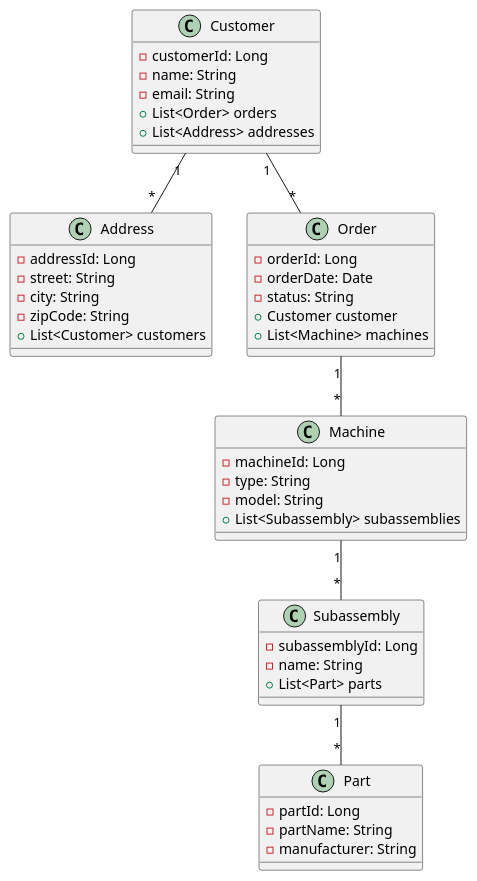
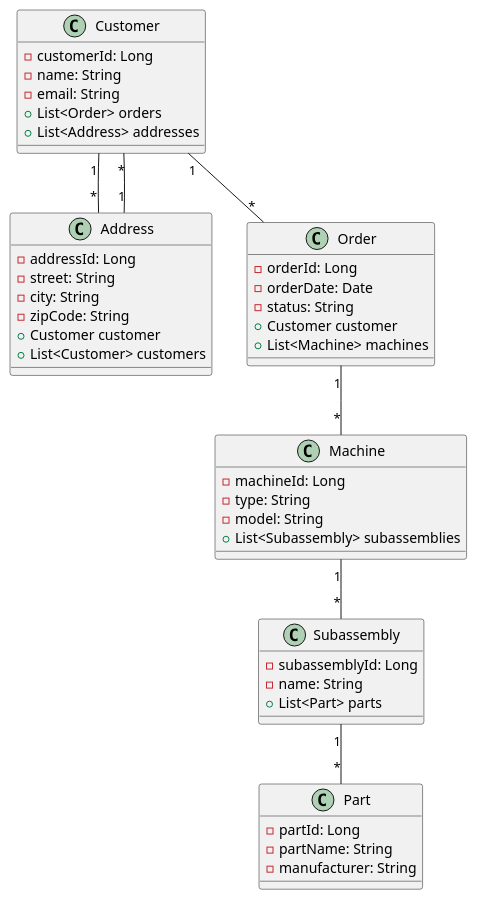
Before and after one commit to nisjety/MachineFactory: the diagram in src/main/resources/UML/MachineFactoryUML.puml, drawn with PlantUML. The commit also changed 12 other files, not shown here.

```diff
--- a/src/main/resources/UML/MachineFactoryUML.puml
+++ b/src/main/resources/UML/MachineFactoryUML.puml
@@ -1,52 +1,54 @@
 @startuml
 
 class Customer {
   - customerId: Long
   - name: String
   - email: String
   + List<Order> orders
   + List<Address> addresses
 }
 
 class Address {
   - addressId: Long
   - street: String
   - city: String
   - zipCode: String
+  + Customer customer
   + List<Customer> customers
 }
 
 class Order {
   - orderId: Long
   - orderDate: Date
   - status: String
   + Customer customer
   + List<Machine> machines
 }
 
 class Machine {
   - machineId: Long
   - type: String
   - model: String
   + List<Subassembly> subassemblies
 }
 
 class Subassembly {
   - subassemblyId: Long
   - name: String
   + List<Part> parts
 }
 
 class Part {
   - partId: Long
   - partName: String
   - manufacturer: String
 }
 
 Customer "1" -- "*" Address
 Customer "1" -- "*" Order
+Address "1" -- "*" Customer
 Order "1" -- "*" Machine
 Machine "1" -- "*" Subassembly
 Subassembly "1" -- "*" Part
 
 @enduml
```
